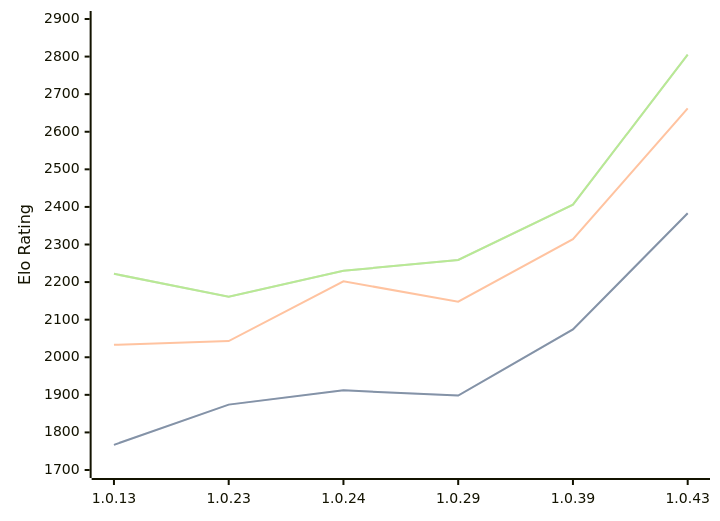
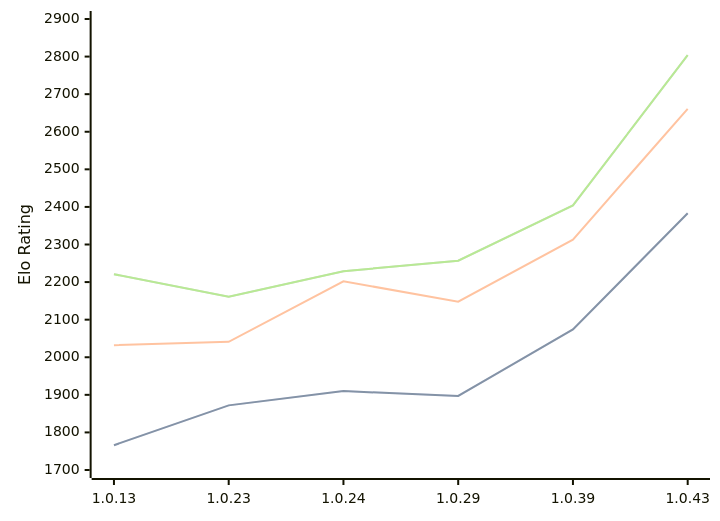
One commit to computer-chess-index/cci changed the third of 3 diagrams in engines/RustyRival.md. Above: the diagram before and after it, drawn with Mermaid. The commit also changed other lines of this file, not shown here.

Commit message:
Update CCI Ratings (ELO VLTC) - 2026-06-26

````diff
--- a/engines/RustyRival.md
+++ b/engines/RustyRival.md
@@ -101,11 +101,11 @@
 ```mermaid
 %%{init: {"theme":"base","themeVariables":{"seriesColors:['#a3a3a3','#222221','#faa371']}}}%%
 xychart-beta
   x-axis ["1.0.13", "1.0.23", "1.0.24", "1.0.29", "1.0.39", "1.0.43"]
   y-axis "Elo Rating" 1700 --> 2900
-  line "STC (8.0+0.08s)" [1767, 1874, 1912, 1898, 2074, 2383]
-  line "STC (8.0+0.08s)" [1767, 1874, 1912, 1898, 2074, 2383]
-  line "LTC (60.0+0.60s)" [2033, 2043, 2202, 2148, 2314, 2662]
-  line "VLTC (2m24s+1.12s)" [2222, 2161, 2230, 2259, 2406, 2805]
-  line "VLTC (2m24s+1.12s)" [2222, 2161, 2230, 2259, 2406, 2805]
+  line "STC (8.0+0.08s)" [1766, 1872, 1910, 1897, 2074, 2383]
+  line "STC (8.0+0.08s)" [1766, 1872, 1910, 1897, 2074, 2383]
+  line "LTC (60.0+0.60s)" [2032, 2041, 2202, 2148, 2313, 2661]
+  line "VLTC (2m24s+1.12s)" [2221, 2161, 2229, 2257, 2404, 2804]
+  line "VLTC (2m24s+1.12s)" [2221, 2161, 2229, 2257, 2404, 2804]
 ```
````
